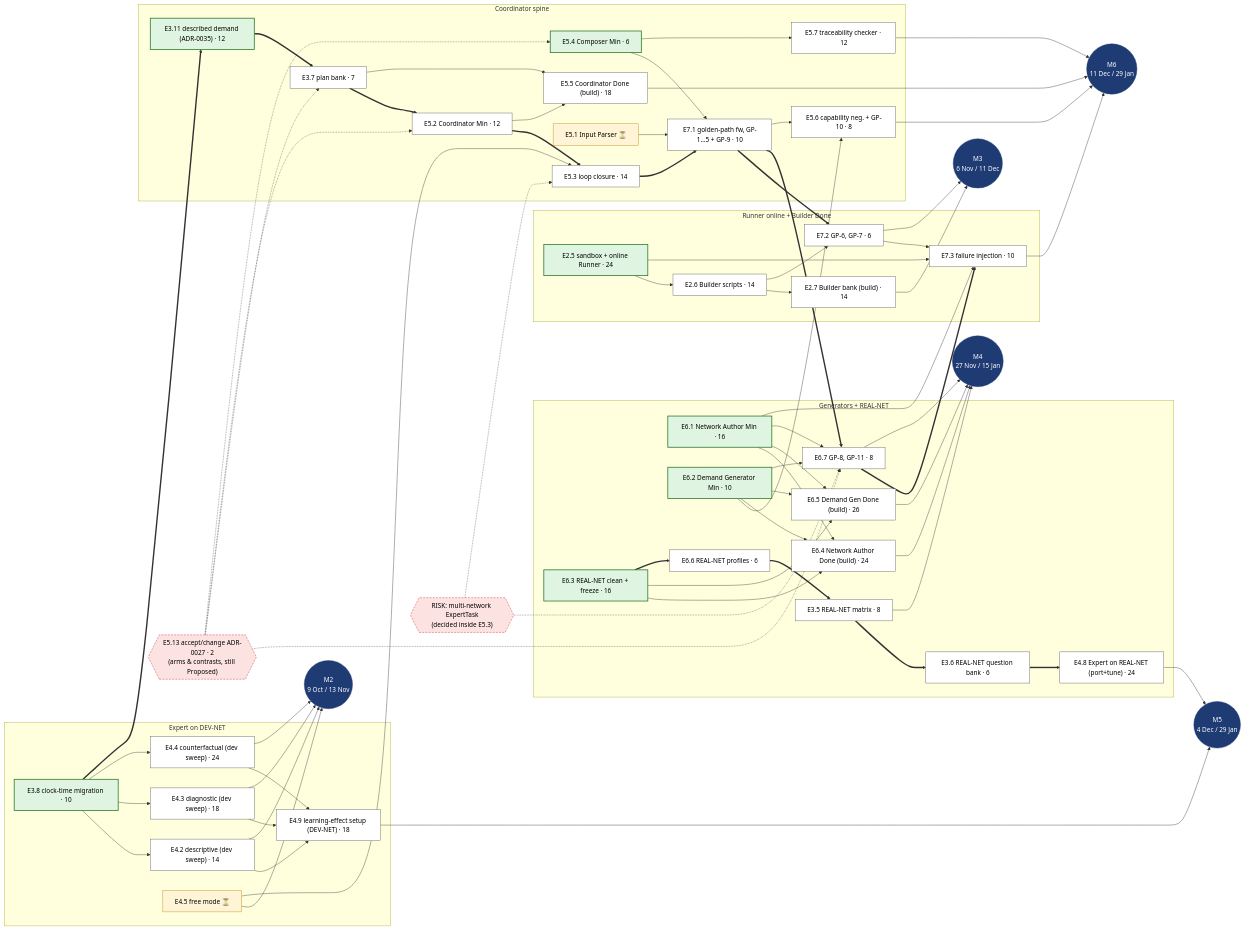
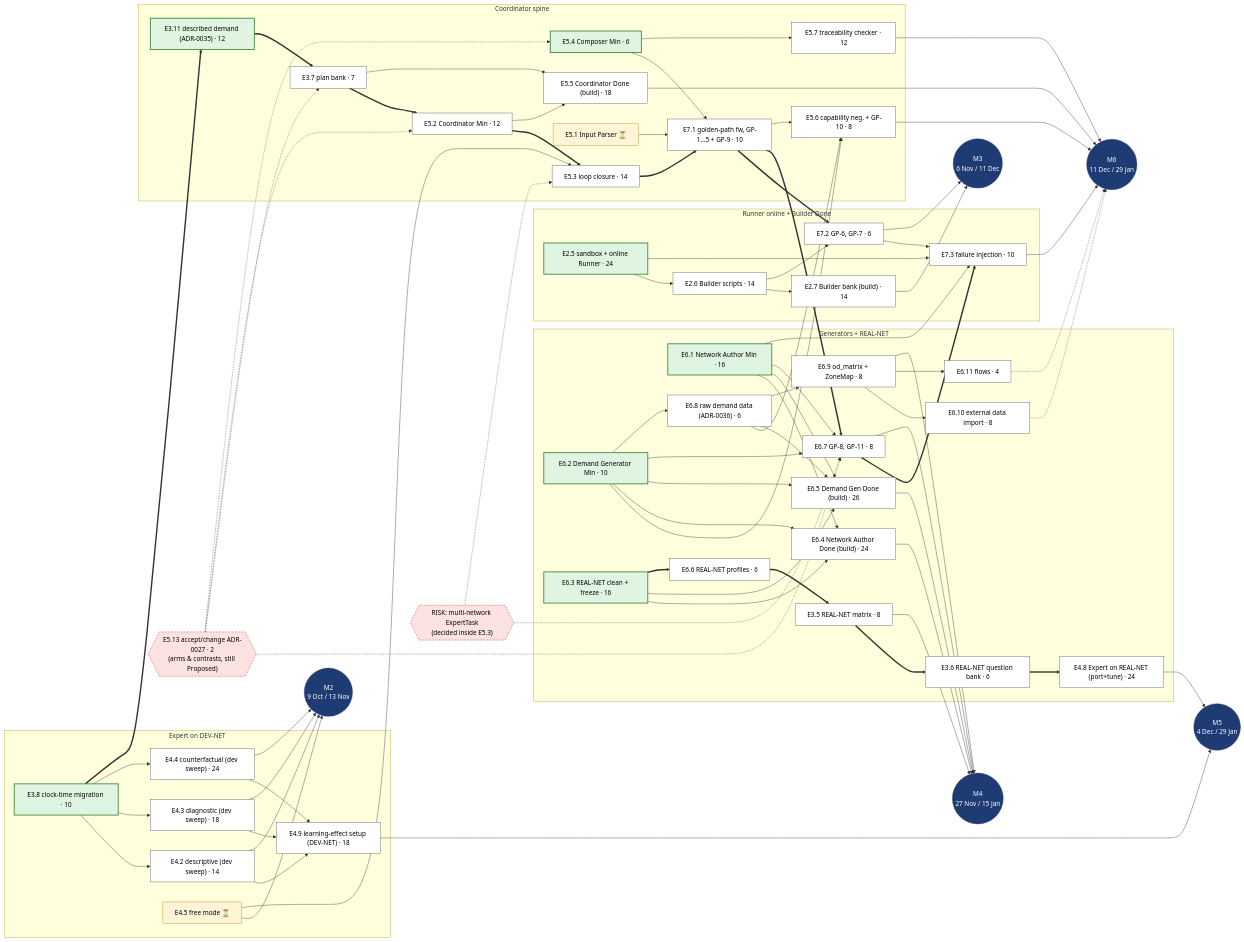
One commit to ferranUPC/resto changed the first of 2 diagrams in docs/tfm-work-plan.md. Above: the diagram before and after it, drawn with Mermaid. The commit also changed other lines of this file and 5 other files, not shown here.

First line of the commit message:
Add ADR-0036 raw demand data and plan tasks E6.8 to E6.11

```diff
--- a/docs/tfm-work-plan.md
+++ b/docs/tfm-work-plan.md
@@ -362,6 +366,10 @@
     E36["E3.6 REAL-NET question bank · 6"]:::pending
     E48["E4.8 Expert on REAL-NET (port+tune) · 24"]:::pending
     E67["E6.7 GP-8, GP-11 · 8"]:::pending
+    E68["E6.8 raw demand data (ADR-0036) · 6"]:::pending
+    E69["E6.9 od_matrix + ZoneMap · 8"]:::pending
+    E610["E6.10 external data import · 8"]:::pending
+    E611["E6.11 flows · 4"]:::pending
   end
 
   M2(("M2<br/>9 Oct / 13 Nov")):::ms
@@ -386,6 +394,7 @@
   E54 --> E57
   E71 --> E56
   E62 --> E56
+  E68 --> E56
 
   %% Runner / Builder
   E25 --> E26 --> E27
@@ -398,6 +407,12 @@
   E61 & E62 & E63 --> E64
   E61 & E62 & E63 --> E65
   E61 & E62 --> E67
+  E62 --> E68 --> E65
+  E68 --> E69
+  E69 --> E610
+  E69 --> E611
+  E69 --> M4
+  E610 & E611 -.-> M6
   E61 --> E73
   E63 ==> E66 ==> E35 ==> E36 ==> E48
   E64 & E65 & E35 & E67 --> M4
```
